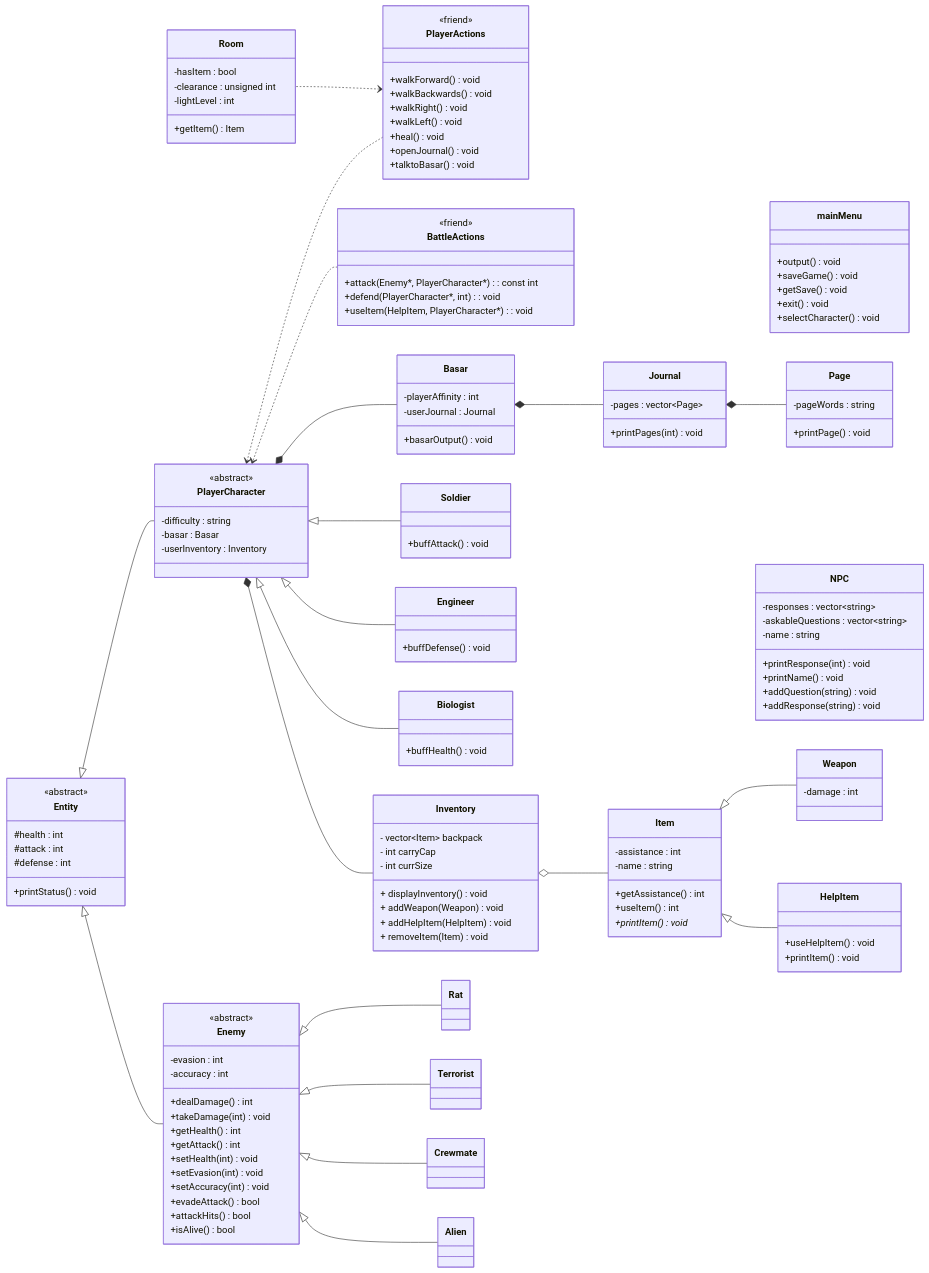
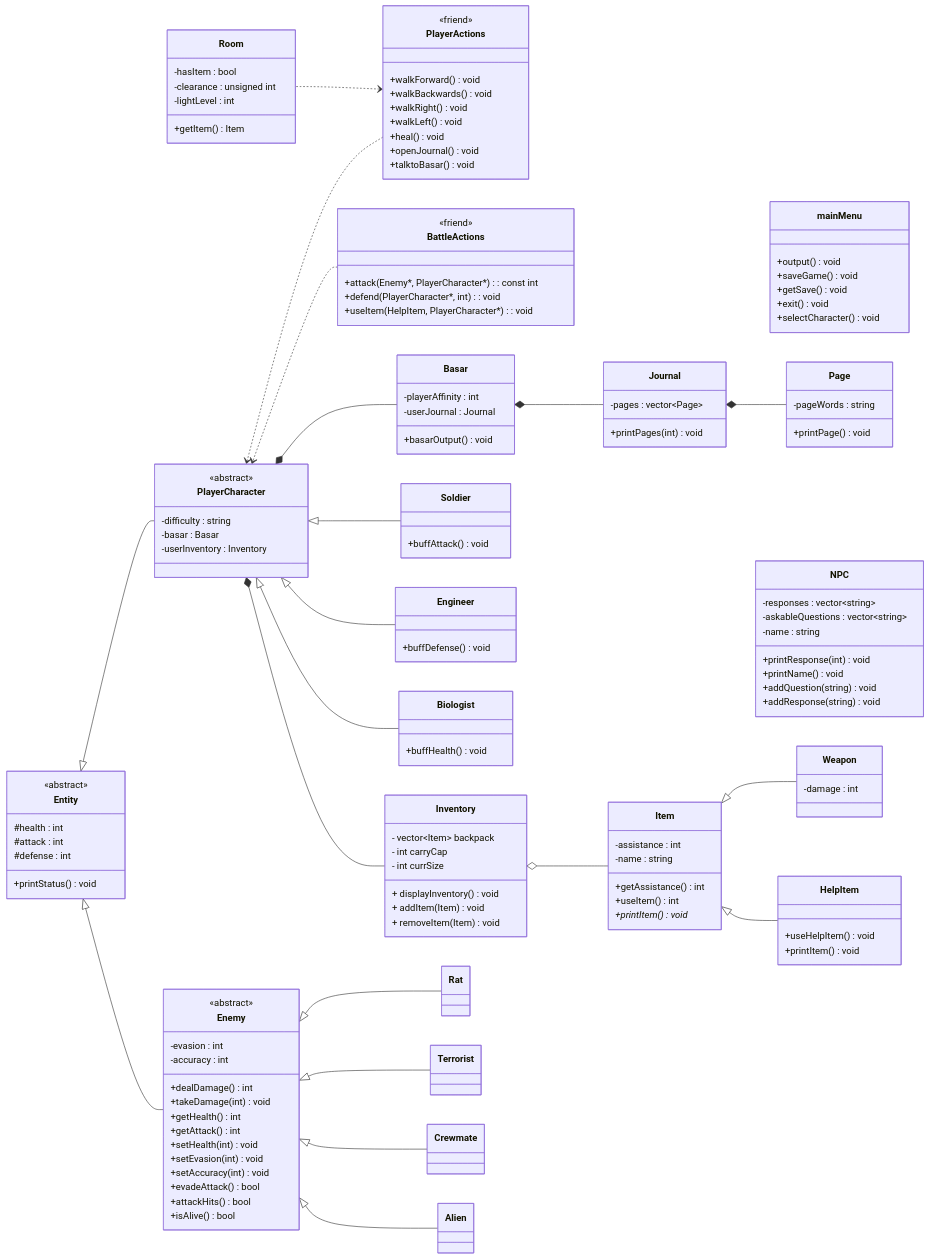
One commit to jalee314/dAEraFinal changed the diagram in README.md. Above: the diagram before and after it, drawn with Mermaid.

Commit message:
Updated Inventory class to have one addItem() for polymorphism

```diff
--- a/README.md
+++ b/README.md
@@ -128,8 +128,7 @@
     - int carryCap
     - int currSize
     + displayInventory()void
-    + addWeapon(Weapon)void
-    + addHelpItem(HelpItem)void
+    + addItem(Item)void
     + removeItem(Item)void
 }
 
```
